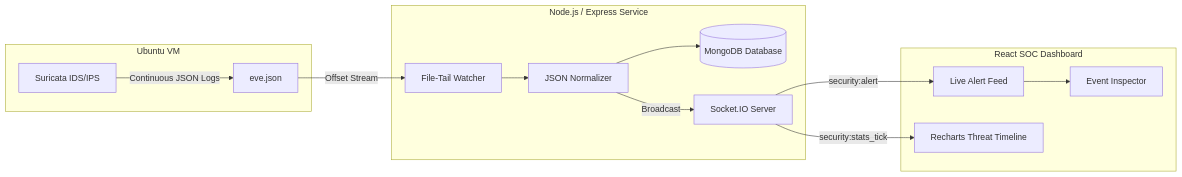
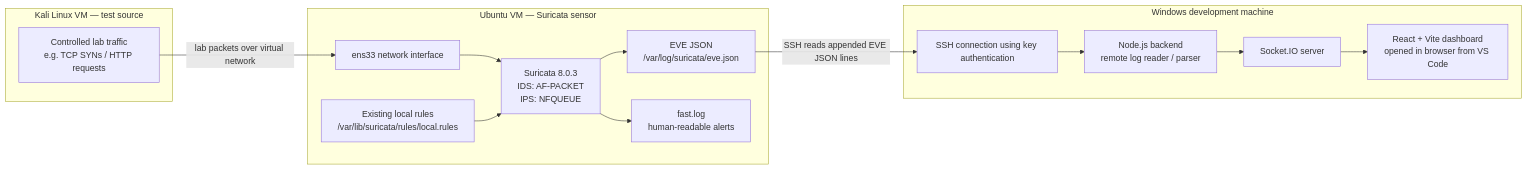
Before and after one commit to siddhanth4/Suricata-Monitoring-Dashboard: the diagram in README.md, drawn with Mermaid. The commit also changed other lines of this file and 4 other files, not shown here.

````diff
--- a/README.md
+++ b/README.md
@@ -21,30 +16,26 @@
 ```mermaid
-graph LR
-    subgraph Host ["Ubuntu VM"]
-        SURI["Suricata IDS/IPS"]
-        EVE["eve.json"]
-        SURI -->|Continuous JSON Logs| EVE
-    end
-
-    subgraph Backend ["Node.js / Express Service"]
-        TAIL["File-Tail Watcher"]
-        PARSER["JSON Normalizer"]
-        MONGO[("MongoDB Database")]
-        WS["Socket.IO Server"]
-        
-        EVE -->|Offset Stream| TAIL
-        TAIL --> PARSER
-        PARSER --> MONGO
-        PARSER -->|Broadcast| WS
-    end
-
-    subgraph Client ["React SOC Dashboard"]
-        DASH["Live Alert Feed"]
-        CHARTS["Recharts Threat Timeline"]
-        MODAL["Event Inspector"]
-        
-        WS -->|security:alert| DASH
-        WS -->|security:stats_tick| CHARTS
-        DASH --> MODAL
-    end
+flowchart LR
+  subgraph K["Kali Linux VM — test source"]
+    K1["Controlled lab traffic<br/>e.g. TCP SYNs / HTTP requests"]
+  end
+  subgraph U["Ubuntu VM — Suricata sensor"]
+    IF["ens33 network interface"]
+    S["Suricata 8.0.3<br/>IDS: AF-PACKET<br/>IPS: NFQUEUE"]
+    R["Existing local rules<br/>/var/lib/suricata/rules/local.rules"]
+    E["EVE JSON<br/>/var/log/suricata/eve.json"]
+    F["fast.log<br/>human-readable alerts"]
+    IF --> S
+    R --> S
+    S --> E
+    S --> F
+  end
+  subgraph W["Windows development machine"]
+    SSH["SSH connection using key authentication"]
+    T["Node.js backend<br/>remote log reader / parser"]
+    IO["Socket.IO server"]
+    UI["React + Vite dashboard<br/>opened in browser from VS Code"]
+    SSH --> T --> IO --> UI
+  end
+  K1 -->|"lab packets over virtual network"| IF
+  E -->|"SSH reads appended EVE JSON lines"| SSH
 ```
````
